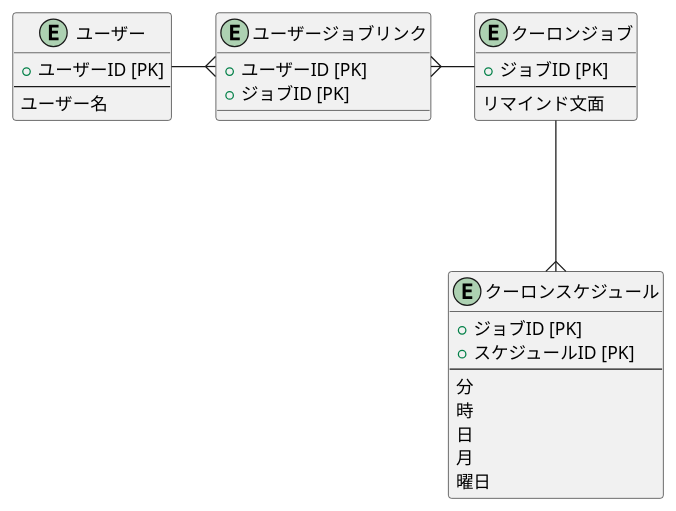
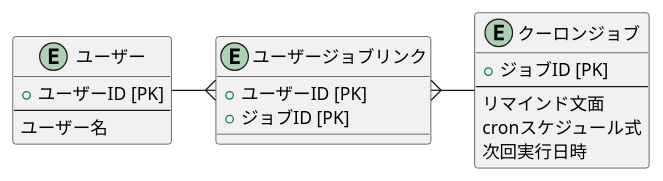
The diagram in db-model/lesson04/task01.pu (cashev/praha-challenge), drawn with PlantUML before and after one commit. The commit also changed 1 other file, not shown here.

```diff
--- a/db-model/lesson04/task01.pu
+++ b/db-model/lesson04/task01.pu
@@ -1,61 +1,46 @@
 @startuml
 
 /'
   ユーザー
   クーロンジョブ
   ユーザー_ジョブ_リンク
  '/
 
 
 entity "ユーザー" as users {
   + ユーザーID [PK]
   --
   ユーザー名
 }
 
 entity "クーロンジョブ" as cronjobs {
   + ジョブID [PK]
   --
   リマインド文面
-}
-
-/'
-  "1-10"は1〜10で10レコードで持つ
-  "1,5,10"は3レコード
-  "*/2"は0,2,4,6,8,10,12,...,20,22のレコードを持つ
- '/
-entity "クーロンスケジュール" as schedule {
-  + ジョブID [PK]
-  + スケジュールID [PK]
-  --
-  分
-  時
-  日
-  月
-  曜日
+  cronスケジュール式
+  次回実行日時
 }
 
 entity "ユーザージョブリンク" as user_job_links {
   + ユーザーID [PK]
   + ジョブID [PK]
 }
 
 /'
 関係性
 ------   :1
 ----||   :1 and only 1
 ----o|   :0 or 1
 -----{   :many
 ----|{   :1 or more
 ----o{   :0 or many
 
 entityの位置
 ri ...right
 le ...left
 do ...down
 '/
 users --ri-{ user_job_links
 user_job_links }-ri-- cronjobs
-cronjobs --do-{ schedule
 
 @enduml
```
